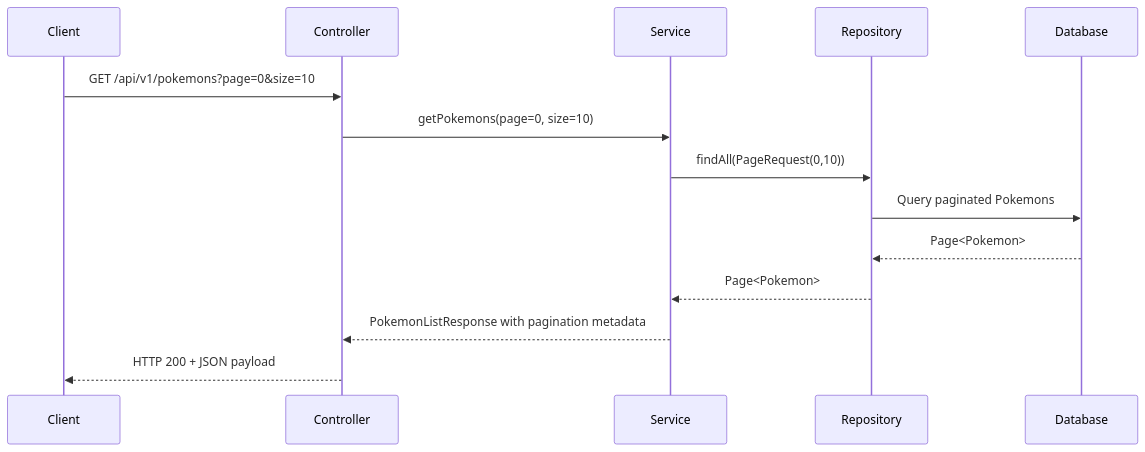
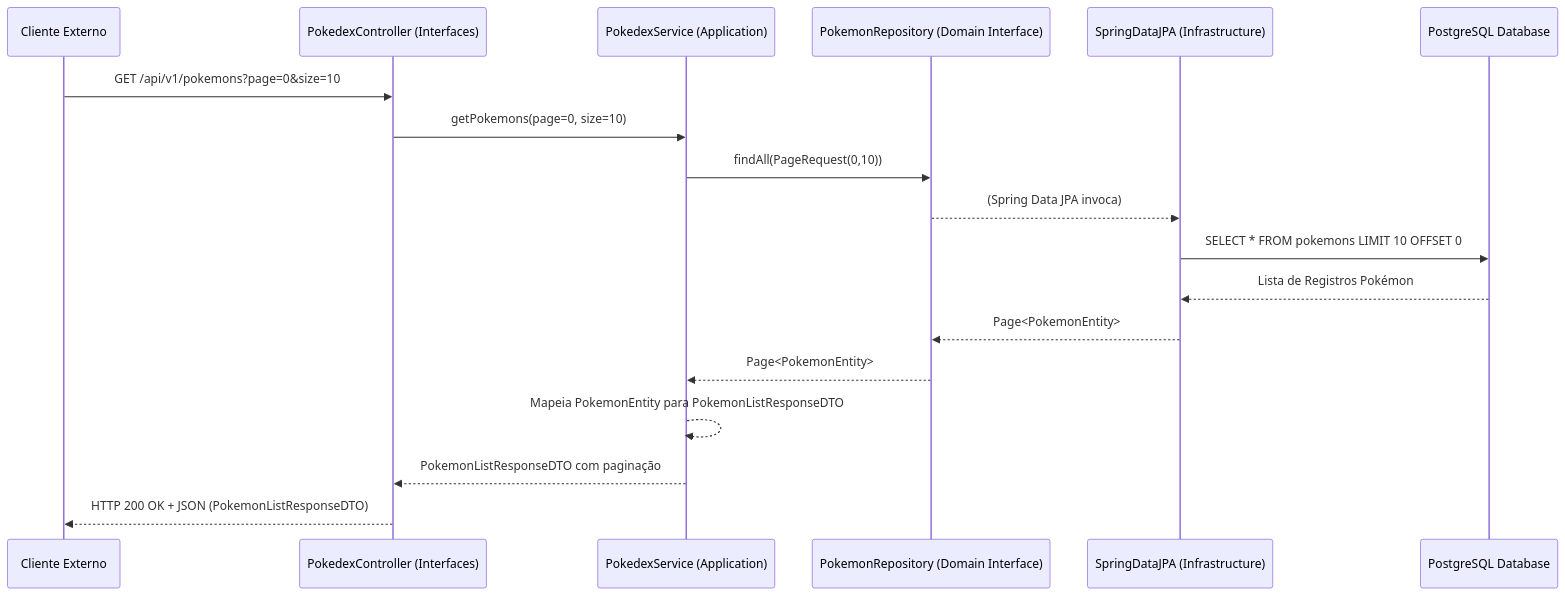
Before and after one commit to lucabelezal/pokedex-bff: the second of 2 diagrams in doc/ARCHITECTURE.md, drawn with Mermaid. The commit also changed other lines of this file and 1 other file, not shown here.

First line of the commit message:
Docs: Atualiza documentação para refletir estrutura do projeto

````diff
--- a/doc/ARCHITECTURE.md
+++ b/doc/ARCHITECTURE.md
@@ -161,17 +222,21 @@
 ```mermaid
 sequenceDiagram
-  participant Client
-  participant Controller
-  participant Service
-  participant Repository
-  participant Database
+    participant Client as Cliente Externo
+    participant Controller as PokedexController (Interfaces)
+    participant Service as PokedexService (Application)
+    participant Repository as PokemonRepository (Domain Interface)
+    participant JPA_Impl as SpringDataJPA (Infrastructure)
+    participant DB as PostgreSQL Database
 
-  Client->>Controller: GET /api/v1/pokemons?page=0&size=10
-  Controller->>Service: getPokemons(page=0, size=10)
-  Service->>Repository: findAll(PageRequest(0,10))
-  Repository->>Database: Query paginated Pokemons
-  Database-->>Repository: Page<Pokemon>
-  Repository-->>Service: Page<Pokemon>
-  Service-->>Controller: PokemonListResponse with pagination metadata
-  Controller-->>Client: HTTP 200 + JSON payload
+    Client->>Controller: GET /api/v1/pokemons?page=0&size=10
+    Controller->>Service: getPokemons(page=0, size=10)
+    Service->>Repository: findAll(PageRequest(0,10))
+    Repository-->>JPA_Impl: (Spring Data JPA invoca)
+    JPA_Impl->>DB: SELECT * FROM pokemons LIMIT 10 OFFSET 0
+    DB-->>JPA_Impl: Lista de Registros Pokémon
+    JPA_Impl-->>Repository: Page<PokemonEntity>
+    Repository-->>Service: Page<PokemonEntity>
+    Service-->>Service: Mapeia PokemonEntity para PokemonListResponseDTO
+    Service-->>Controller: PokemonListResponseDTO com paginação
+    Controller-->>Client: HTTP 200 OK + JSON (PokemonListResponseDTO)
 ```
````
